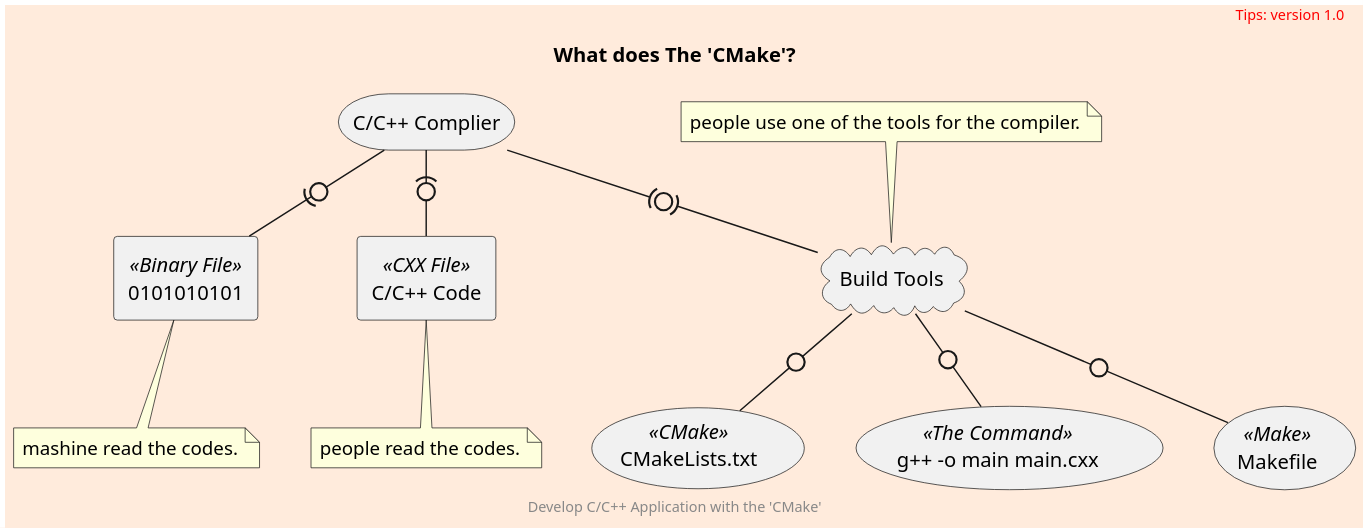
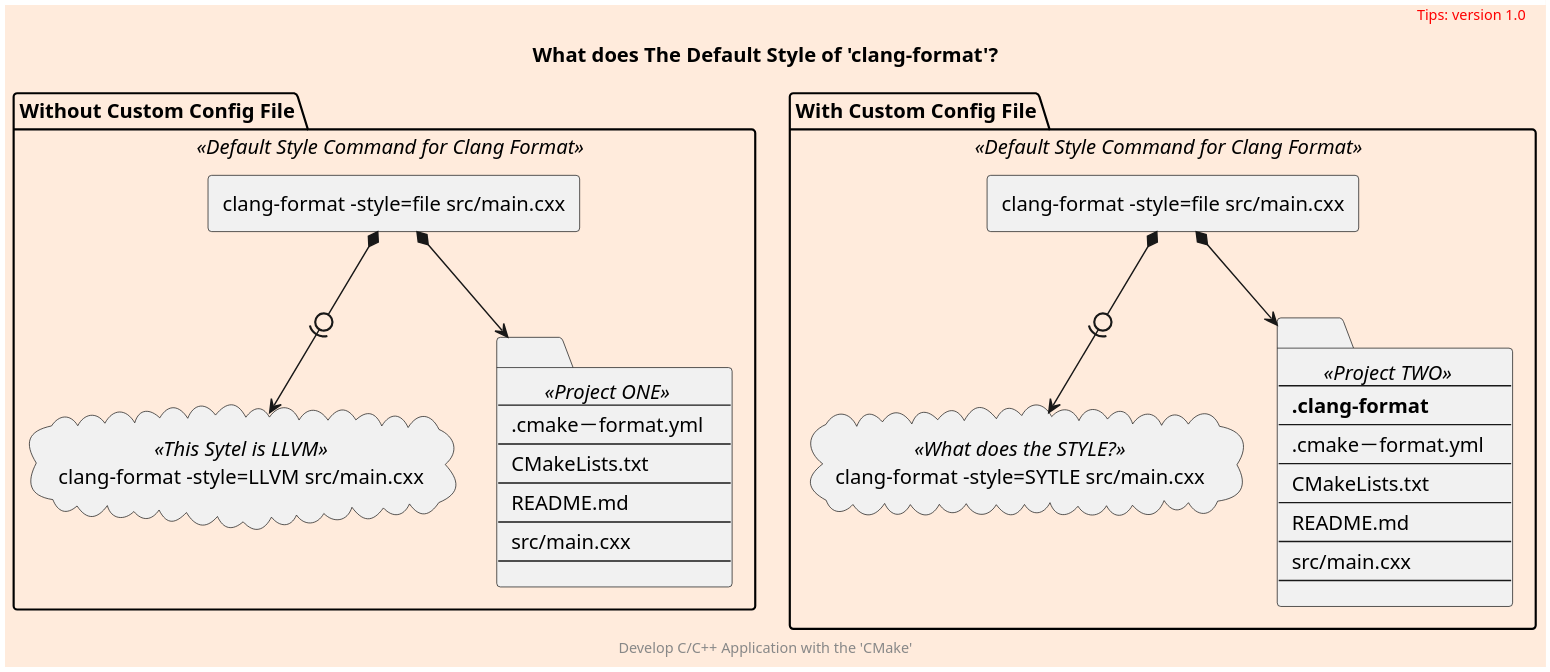
The diagram in uml/what.puml (cnruby/w3h1_cmake), drawn with PlantUML before and after one commit. The commit also changed 5 other files, not shown here.

```diff
--- a/uml/what.puml
+++ b/uml/what.puml
@@ -1,47 +1,65 @@
 @startuml
 scale 300 width
 skinparam backgroundColor #FFEBDC
 scale 3
 
-storage "C/C++ Complier" as cxx
-rectangle "0101010101" <<Binary File>> as binary
-cloud "Build Tools" as tools
-rectangle "C/C++ Code" <<CXX File>> as code
 
-cxx -0)- binary
-cxx -(0)- tools
-cxx -(0- code
+package "Without Custom Config File" <<Default Style Command for Clang Format>> {
+    rectangle "clang-format -style=file src/main.cxx" as c1
+    cloud "clang-format -style=LLVM src/main.cxx" <<This Sytel is LLVM>> as s1
 
-usecase "g++ -o main main.cxx" <<The Command>> as command
-usecase "Makefile" <<Make>> as make
-usecase "CMakeLists.txt" <<CMake>> as cmake
+    folder p1 <<Project ONE>> [
+        ----
+        .cmake－format.yml
+        ----
+        CMakeLists.txt
+        ----
+        README.md
+        ----
+        src/main.cxx
+        ----
+    ]
+}
+c1 *-0)-> s1
+c1 *--> p1
 
-tools -0- command
-tools -0- make
-tools -0- cmake
+package "With Custom Config File" <<Default Style Command for Clang Format>> {
+    rectangle "clang-format -style=file src/main.cxx" as c2
+    cloud "clang-format -style=SYTLE src/main.cxx" <<What does the STYLE?>> as s2
 
-note bottom of binary
-mashine read the codes.
-endnote
+    folder p2 <<Project TWO>> [
+        ----
+        **.clang-format**
+        ----
+        .cmake－format.yml
+        ----
+        CMakeLists.txt
+        ----
+        README.md
+        ----
+        src/main.cxx
+        ----
+    ]
+}
+c2 *-0)-> s2
+c2 *--> p2
 
-note top of tools
-people use one of the tools for the compiler.
-endnote
 
-note bottom of code
-people read the codes.
-endnote
+
+'note bottom of code
+'people read the codes.
+'endnote
 
 
 
 title
-    What does The 'CMake'?
+    What does The Default Style of 'clang-format'?
 end title
 
 header
 <font color=red>Tips: version 1.0</font>
 endheader
 
 center footer Develop C/C++ Application with the 'CMake'
 
 @enduml
```
